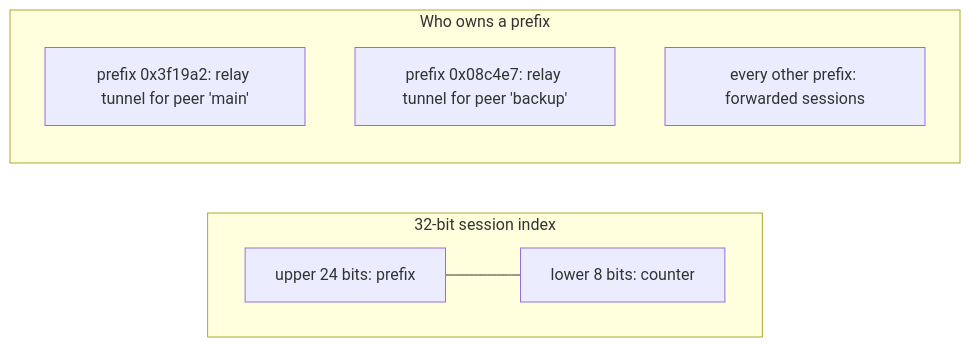
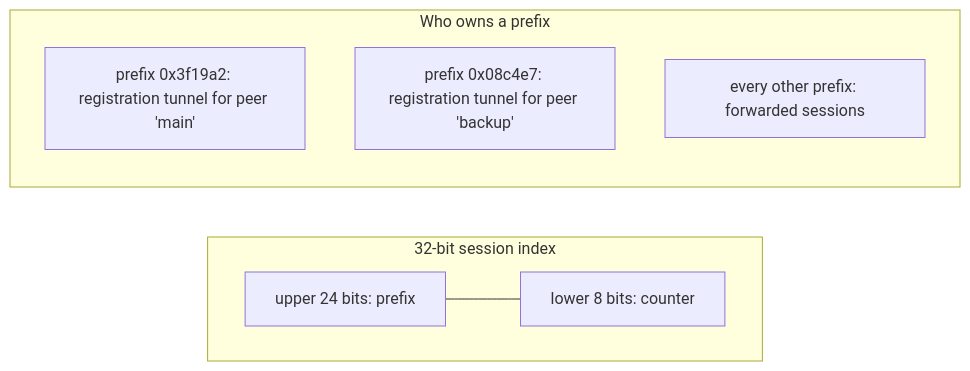
Diagram 16 of 22 in docs/how-it-works.md (3alpha/wg-relay), drawn with Mermaid before and after one commit. The commit also changed other lines of this file and 18 other files, not shown here.

````diff
--- a/docs/how-it-works.md
+++ b/docs/how-it-works.md
@@ -561,12 +570,12 @@
 ```mermaid
 flowchart LR
     subgraph idx["32-bit session index"]
         direction LR
         PFX["upper 24 bits: prefix"] --- CNT["lower 8 bits: counter"]
     end
     subgraph owners["Who owns a prefix"]
-        T1["prefix 0x3f19a2: relay tunnel for peer 'main'"]
-        T2["prefix 0x08c4e7: relay tunnel for peer 'backup'"]
+        T1["prefix 0x3f19a2: registration tunnel for peer 'main'"]
+        T2["prefix 0x08c4e7: registration tunnel for peer 'backup'"]
         F["every other prefix: forwarded sessions"]
     end
 ```
````
